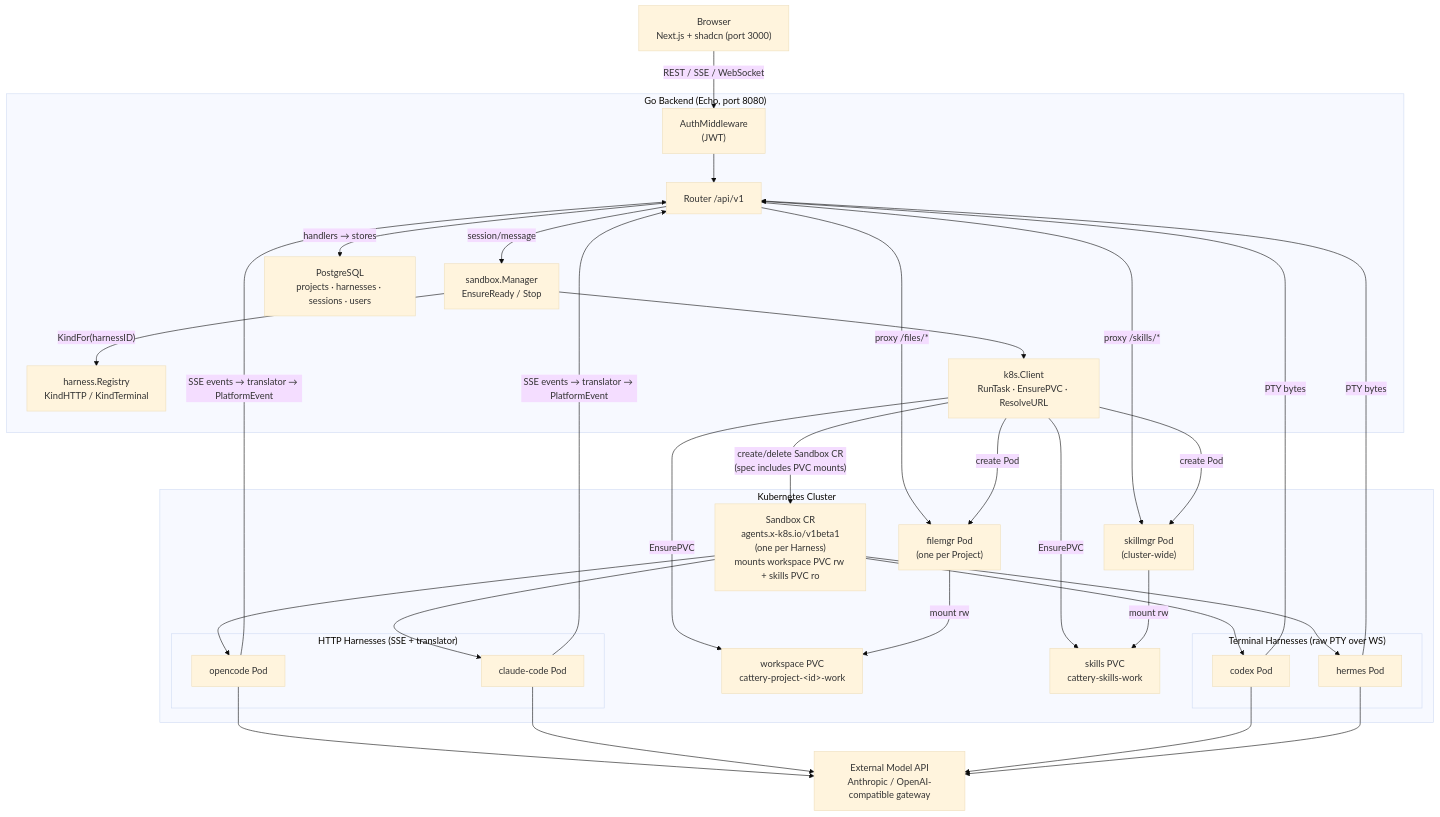
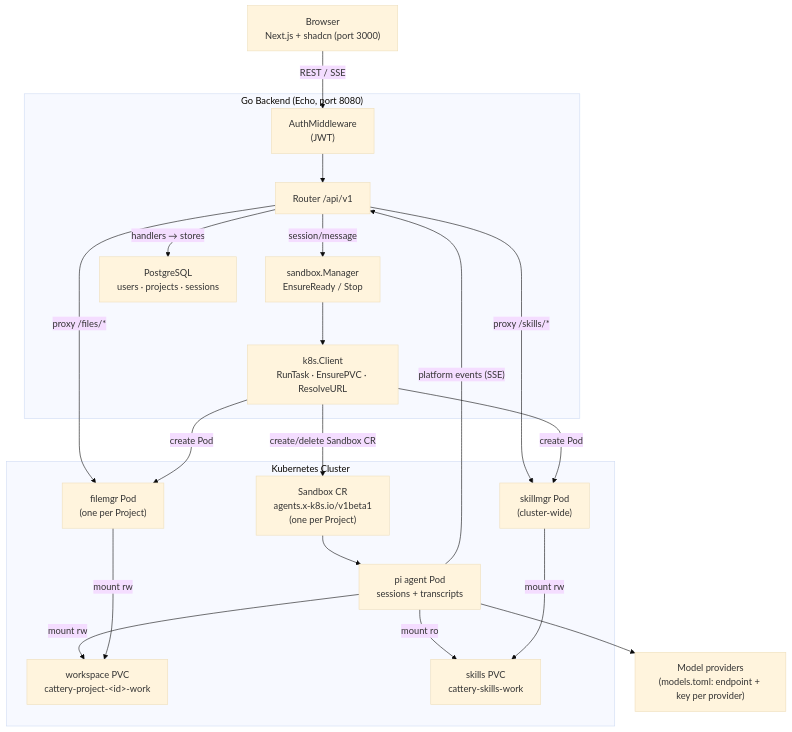
The diagram in README.md (wellCh4n/cattery), drawn with Mermaid (base theme) before and after one commit. The commit also changed other lines of this file and 86 other files, not shown here.

First line of the commit message:
feat(pi,backend,web): pi-only agent with a provider-based model catalog

````diff
--- a/README.md
+++ b/README.md
@@ -10,63 +7,42 @@
 ```mermaid
 graph TD
     Browser["Browser\nNext.js + shadcn (port 3000)"]
 
     subgraph Backend["Go Backend (Echo, port 8080)"]
         Auth["AuthMiddleware\n(JWT)"]
         Router["Router /api/v1"]
         SandboxMgr["sandbox.Manager\nEnsureReady / Stop"]
-        HarnessReg["harness.Registry\nKindHTTP / KindTerminal"]
         K8sClient["k8s.Client\nRunTask · EnsurePVC · ResolveURL"]
-        DB["PostgreSQL\nprojects · harnesses · sessions · users"]
+        DB["PostgreSQL\nusers · projects · sessions"]
     end
 
     subgraph K8s["Kubernetes Cluster"]
-        SandboxCR["Sandbox CR\nagents.x-k8s.io/v1beta1\n(one per Harness)\nmounts workspace PVC rw + skills PVC ro"]
-
-        subgraph HTTPPods["HTTP Harnesses (SSE + translator)"]
-            OpenCode["opencode Pod"]
-            ClaudeCode["claude-code Pod"]
-        end
-
-        subgraph TermPods["Terminal Harnesses (raw PTY over WS)"]
-            Codex["codex Pod"]
-            Hermes["hermes Pod"]
-        end
-
+        SandboxCR["Sandbox CR\nagents.x-k8s.io/v1beta1\n(one per Project)"]
+        Pi["pi agent Pod\nsessions + transcripts"]
         FileMgr["filemgr Pod\n(one per Project)"]
         SkillMgr["skillmgr Pod\n(cluster-wide)"]
 
         WorkPVC["workspace PVC\ncattery-project-&lt;id&gt;-work"]
         SkillPVC["skills PVC\ncattery-skills-work"]
     end
 
-    ModelAPI["External Model API\nAnthropic / OpenAI-compatible gateway"]
+    ModelAPI["Model providers\n(models.toml: endpoint + key per provider)"]
 
-    Browser -->|"REST / SSE / WebSocket"| Auth
+    Browser -->|"REST / SSE"| Auth
     Auth --> Router
     Router -->|"session/message"| SandboxMgr
     Router -->|"handlers → stores"| DB
     Router -->|"proxy /files/*"| FileMgr
     Router -->|"proxy /skills/*"| SkillMgr
     SandboxMgr --> K8sClient
-    SandboxMgr -->|"KindFor(harnessID)"| HarnessReg
-    K8sClient -->|"create/delete Sandbox CR\n(spec includes PVC mounts)"| SandboxCR
+    K8sClient -->|"create/delete Sandbox CR"| SandboxCR
     K8sClient -->|"create Pod"| FileMgr
     K8sClient -->|"create Pod"| SkillMgr
-    K8sClient -->|"EnsurePVC"| WorkPVC
-    K8sClient -->|"EnsurePVC"| SkillPVC
-    SandboxCR --> OpenCode
-    SandboxCR --> ClaudeCode
-    SandboxCR --> Codex
-    SandboxCR --> Hermes
-    OpenCode -->|"SSE events → translator → PlatformEvent"| Router
-    ClaudeCode -->|"SSE events → translator → PlatformEvent"| Router
-    Codex -->|"PTY bytes"| Router
-    Hermes -->|"PTY bytes"| Router
-    OpenCode --> ModelAPI
-    ClaudeCode --> ModelAPI
-    Codex --> ModelAPI
-    Hermes --> ModelAPI
+    SandboxCR --> Pi
+    Pi -->|"platform events (SSE)"| Router
+    Pi --> ModelAPI
+    Pi -->|"mount rw"| WorkPVC
+    Pi -->|"mount ro"| SkillPVC
     FileMgr -->|"mount rw"| WorkPVC
     SkillMgr -->|"mount rw"| SkillPVC
 ```
````
